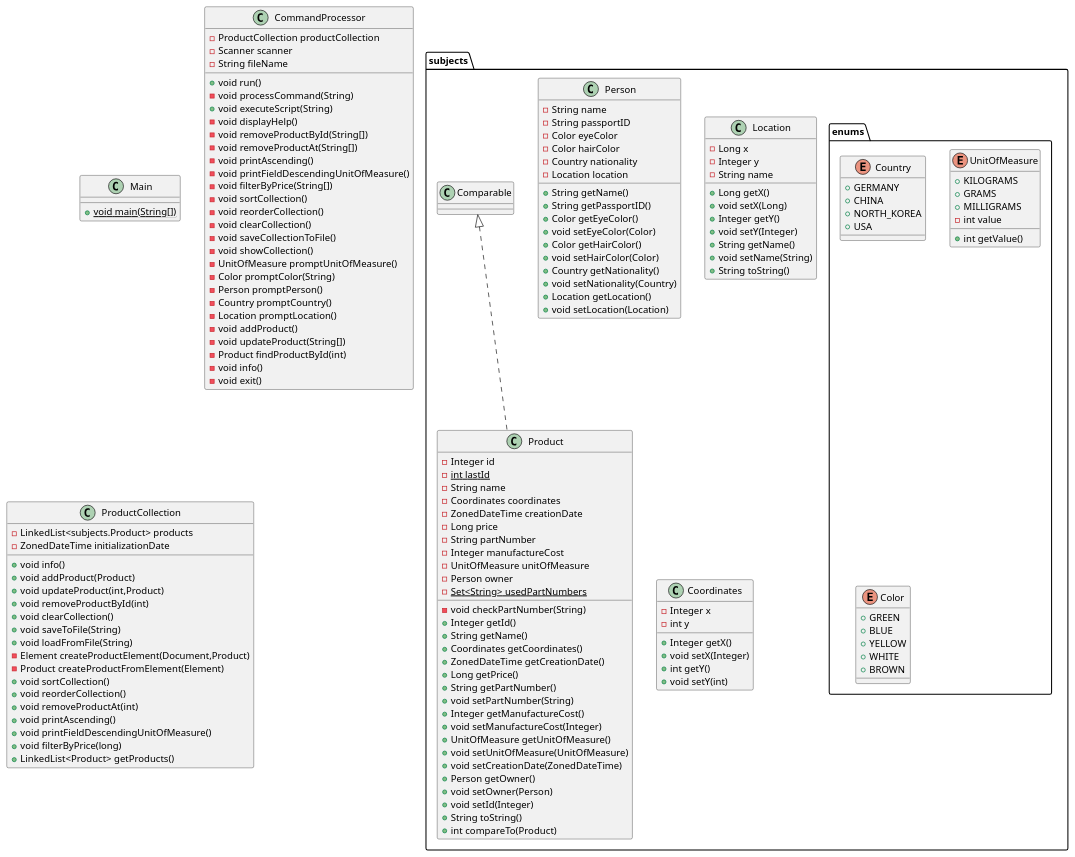
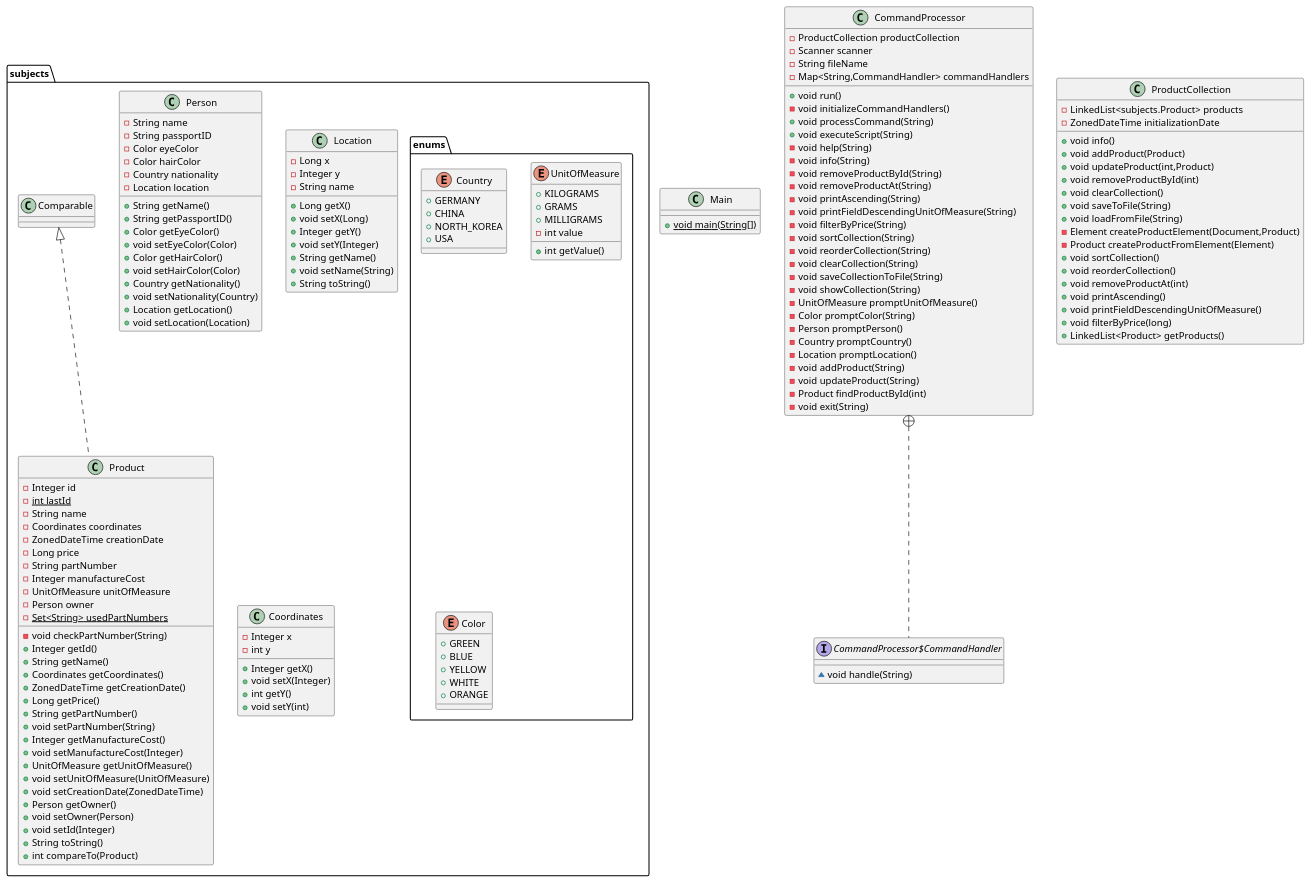
Before and after one commit to mike-yasnov/ITMO: the diagram in Программирование/Lab5/lab5.puml, drawn with PlantUML.

```diff
--- a/Программирование/Lab5/lab5.puml
+++ b/Программирование/Lab5/lab5.puml
@@ -1,146 +1,152 @@
 @startuml
 class Main {
 + {static} void main(String[])
 }
 class subjects.Person {
 - String name
 - String passportID
 - Color eyeColor
 - Color hairColor
 - Country nationality
 - Location location
 + String getName()
 + String getPassportID()
 + Color getEyeColor()
 + void setEyeColor(Color)
 + Color getHairColor()
 + void setHairColor(Color)
 + Country getNationality()
 + void setNationality(Country)
 + Location getLocation()
 + void setLocation(Location)
 }
 class subjects.Product {
 - Integer id
 - {static} int lastId
 - String name
 - Coordinates coordinates
 - ZonedDateTime creationDate
 - Long price
 - String partNumber
 - Integer manufactureCost
 - UnitOfMeasure unitOfMeasure
 - Person owner
 - {static} Set<String> usedPartNumbers
 - void checkPartNumber(String)
 + Integer getId()
 + String getName()
 + Coordinates getCoordinates()
 + ZonedDateTime getCreationDate()
 + Long getPrice()
 + String getPartNumber()
 + void setPartNumber(String)
 + Integer getManufactureCost()
 + void setManufactureCost(Integer)
 + UnitOfMeasure getUnitOfMeasure()
 + void setUnitOfMeasure(UnitOfMeasure)
 + void setCreationDate(ZonedDateTime)
 + Person getOwner()
 + void setOwner(Person)
 + void setId(Integer)
 + String toString()
 + int compareTo(Product)
 }
 class subjects.Location {
 - Long x
 - Integer y
 - String name
 + Long getX()
 + void setX(Long)
 + Integer getY()
 + void setY(Integer)
 + String getName()
 + void setName(String)
 + String toString()
 }
 class CommandProcessor {
 - ProductCollection productCollection
 - Scanner scanner
 - String fileName
+- Map<String,CommandHandler> commandHandlers
 + void run()
-- void processCommand(String)
+- void initializeCommandHandlers()
++ void processCommand(String)
 + void executeScript(String)
-- void displayHelp()
-- void removeProductById(String[])
-- void removeProductAt(String[])
-- void printAscending()
-- void printFieldDescendingUnitOfMeasure()
-- void filterByPrice(String[])
-- void sortCollection()
-- void reorderCollection()
-- void clearCollection()
-- void saveCollectionToFile()
-- void showCollection()
+- void help(String)
+- void info(String)
+- void removeProductById(String)
+- void removeProductAt(String)
+- void printAscending(String)
+- void printFieldDescendingUnitOfMeasure(String)
+- void filterByPrice(String)
+- void sortCollection(String)
+- void reorderCollection(String)
+- void clearCollection(String)
+- void saveCollectionToFile(String)
+- void showCollection(String)
 - UnitOfMeasure promptUnitOfMeasure()
 - Color promptColor(String)
 - Person promptPerson()
 - Country promptCountry()
 - Location promptLocation()
-- void addProduct()
-- void updateProduct(String[])
+- void addProduct(String)
+- void updateProduct(String)
 - Product findProductById(int)
-- void info()
-- void exit()
+- void exit(String)
+}
+interface CommandProcessor$CommandHandler {
+~ void handle(String)
 }
 enum subjects.enums.Country {
 +  GERMANY
 +  CHINA
 +  NORTH_KOREA
 +  USA
 }
 class subjects.Coordinates {
 - Integer x
 - int y
 + Integer getX()
 + void setX(Integer)
 + int getY()
 + void setY(int)
 }
 enum subjects.enums.UnitOfMeasure {
 +  KILOGRAMS
 +  GRAMS
 +  MILLIGRAMS
 - int value
 + int getValue()
 }
 enum subjects.enums.Color {
 +  GREEN
 +  BLUE
 +  YELLOW
 +  WHITE
-+  BROWN
++  ORANGE
 }
 class ProductCollection {
 - LinkedList<subjects.Product> products
 - ZonedDateTime initializationDate
 + void info()
 + void addProduct(Product)
 + void updateProduct(int,Product)
 + void removeProductById(int)
 + void clearCollection()
 + void saveToFile(String)
 + void loadFromFile(String)
 - Element createProductElement(Document,Product)
 - Product createProductFromElement(Element)
 + void sortCollection()
 + void reorderCollection()
 + void removeProductAt(int)
 + void printAscending()
 + void printFieldDescendingUnitOfMeasure()
 + void filterByPrice(long)
 + LinkedList<Product> getProducts()
 }
 
 
 subjects.Comparable <|.. subjects.Product
+CommandProcessor +.. CommandProcessor$CommandHandler
 @enduml
```
